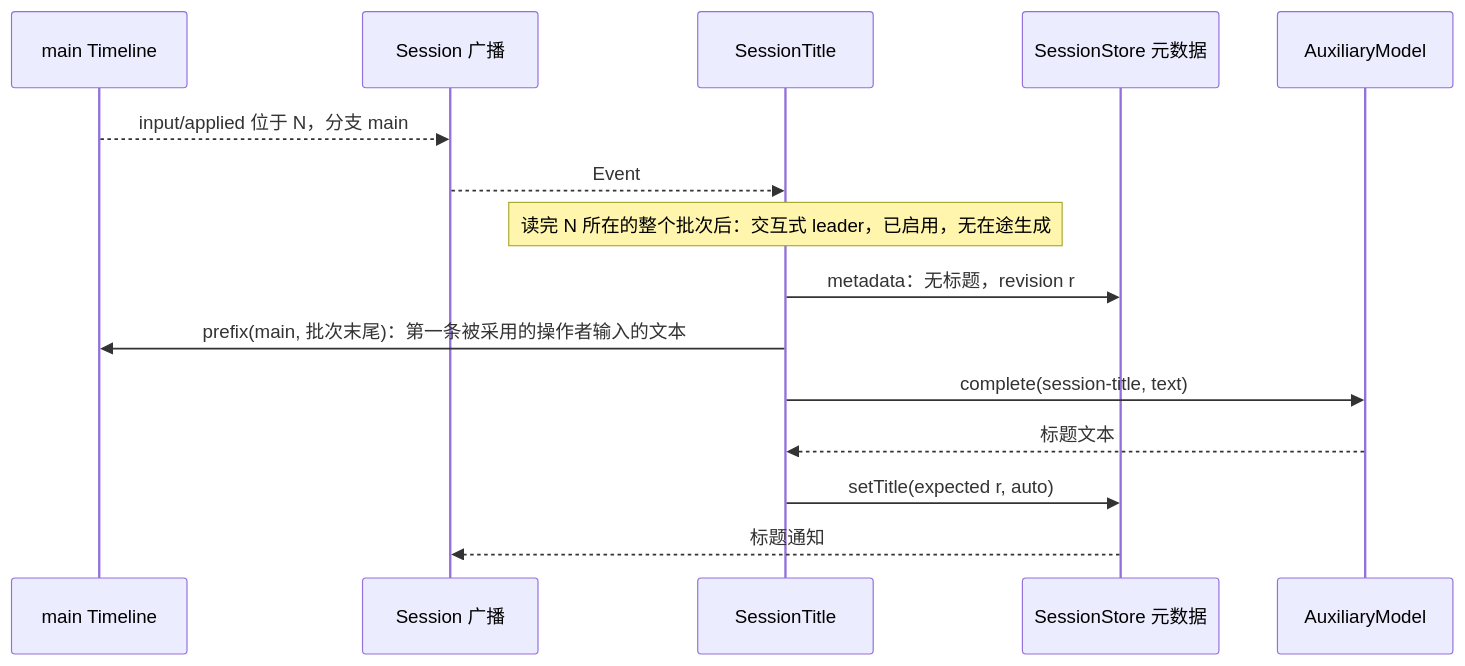
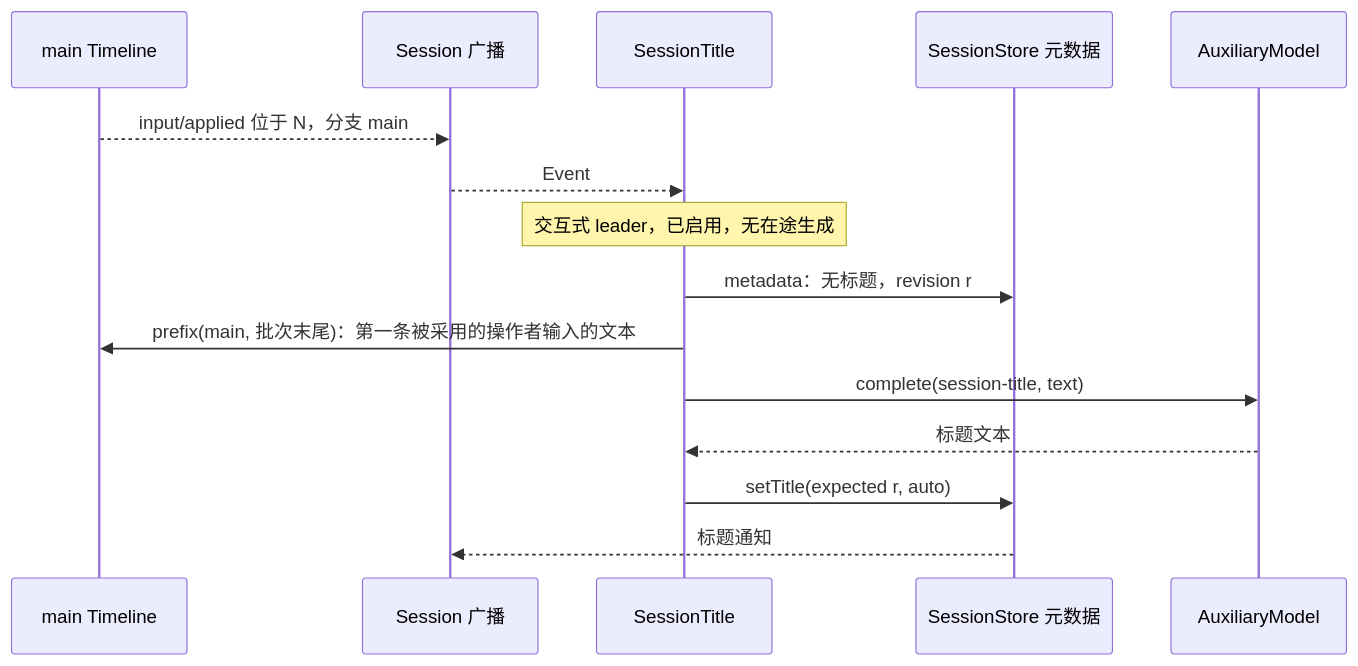
One commit to CoutinhoTTS/dim-agent changed the third of 5 diagrams in docs/zh/design/plugins/SessionTitle.md. Above: the diagram before and after it, drawn with Mermaid. The commit also changed other lines of this file and 9 other files, not shown here.

````diff
--- a/docs/zh/design/plugins/SessionTitle.md
+++ b/docs/zh/design/plugins/SessionTitle.md
@@ -69,17 +69,17 @@
 ```mermaid
 sequenceDiagram
   participant TL as main Timeline
   participant SB as Session 广播
   participant ST as SessionTitle
   participant Meta as SessionStore 元数据
   participant Aux as AuxiliaryModel
   TL-->>SB: input/applied 位于 N，分支 main
   SB-->>ST: Event
-  Note over ST: 读完 N 所在的整个批次后：交互式 leader，已启用，无在途生成
+  Note over ST: 交互式 leader，已启用，无在途生成
   ST->>Meta: metadata：无标题，revision r
   ST->>TL: prefix(main, 批次末尾)：第一条被采用的操作者输入的文本
   ST->>Aux: complete(session-title, text)
   Aux-->>ST: 标题文本
   ST->>Meta: setTitle(expected r, auto)
   Meta-->>SB: 标题通知
 ```
````
